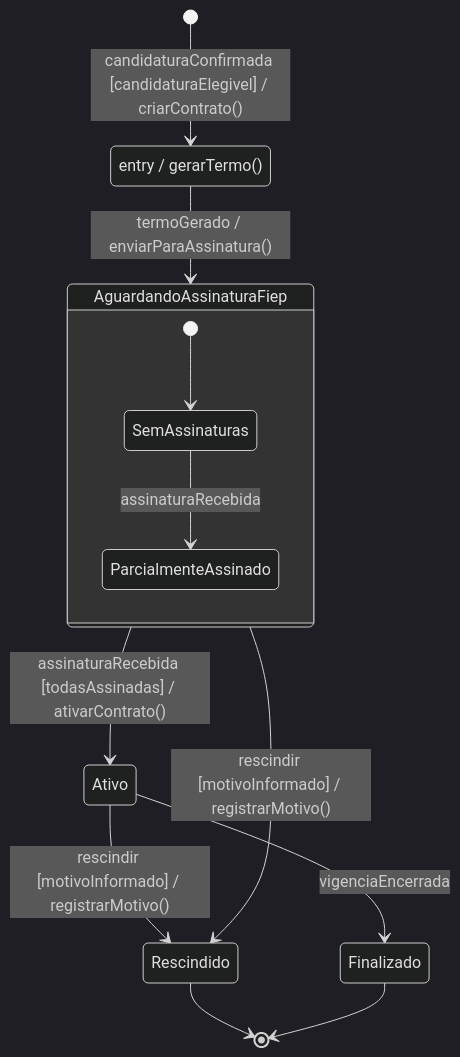
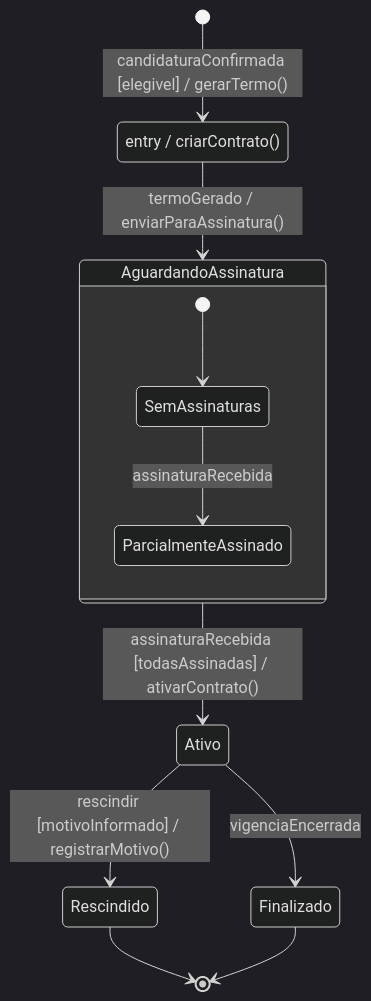
Before and after one commit to joaopedrocostasilva2335-ai/aps3-modelagem: the third of 4 diagrams in README.md, drawn with Mermaid (dark theme). The commit also changed other lines of this file, not shown here.

````diff
--- a/README.md
+++ b/README.md
@@ -91,21 +82,20 @@
 ```mermaid
 stateDiagram-v2
-    [*] --> EmFormalizacao : candidaturaConfirmada [candidaturaElegivel] / criarContrato()
+    [*] --> EmFormalizacao : candidaturaConfirmada [elegivel] / gerarTermo()
 
-    EmFormalizacao : entry / gerarTermo()
+    EmFormalizacao : entry / criarContrato()
 
-    EmFormalizacao --> AguardandoAssinaturaFiep : termoGerado / enviarParaAssinatura()
+    EmFormalizacao --> AguardandoAssinatura : termoGerado / enviarParaAssinatura()
 
-    state AguardandoAssinaturaFiep {
+    state AguardandoAssinatura {
         [*] --> SemAssinaturas
         SemAssinaturas --> ParcialmenteAssinado : assinaturaRecebida
     }
 
-    AguardandoAssinaturaFiep --> Ativo : assinaturaRecebida [todasAssinadas] / ativarContrato()
-    AguardandoAssinaturaFiep --> Rescindido : rescindir [motivoInformado] / registrarMotivo()
+    AguardandoAssinatura --> Ativo : assinaturaRecebida [todasAssinadas] / ativarContrato()
     Ativo --> Rescindido : rescindir [motivoInformado] / registrarMotivo()
     Ativo --> Finalizado : vigenciaEncerrada
 
     Rescindido --> [*]
     Finalizado --> [*]
 ```
````
